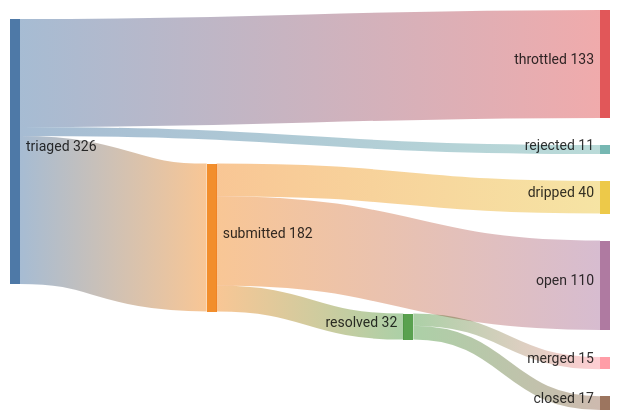
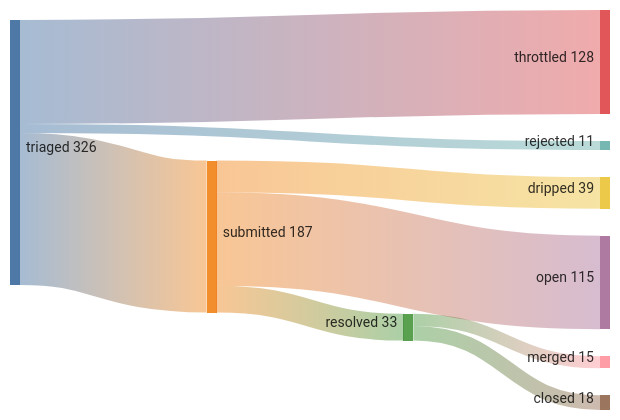
The diagram in README.md (kimjune01/kimjune01), drawn with Mermaid before and after one commit. The commit also changed other lines of this file, not shown here.

Commit message:
stats: 15/33 = 45% (03:53 UTC)

````diff
--- a/README.md
+++ b/README.md
@@ -3,11 +3,11 @@
 ```mermaid
 sankey-beta
-    triaged,    submitted, 182
-    triaged,    throttled, 133
+    triaged,    submitted, 187
+    triaged,    throttled, 128
     triaged,    rejected,  11
-    submitted,  resolved,  32
-    submitted,  dripped,   40
-    submitted,  open,      110
+    submitted,  resolved,  33
+    submitted,  dripped,   39
+    submitted,  open,      115
     resolved,   merged,    15
-    resolved,   closed,    17
+    resolved,   closed,    18
 ```
````
